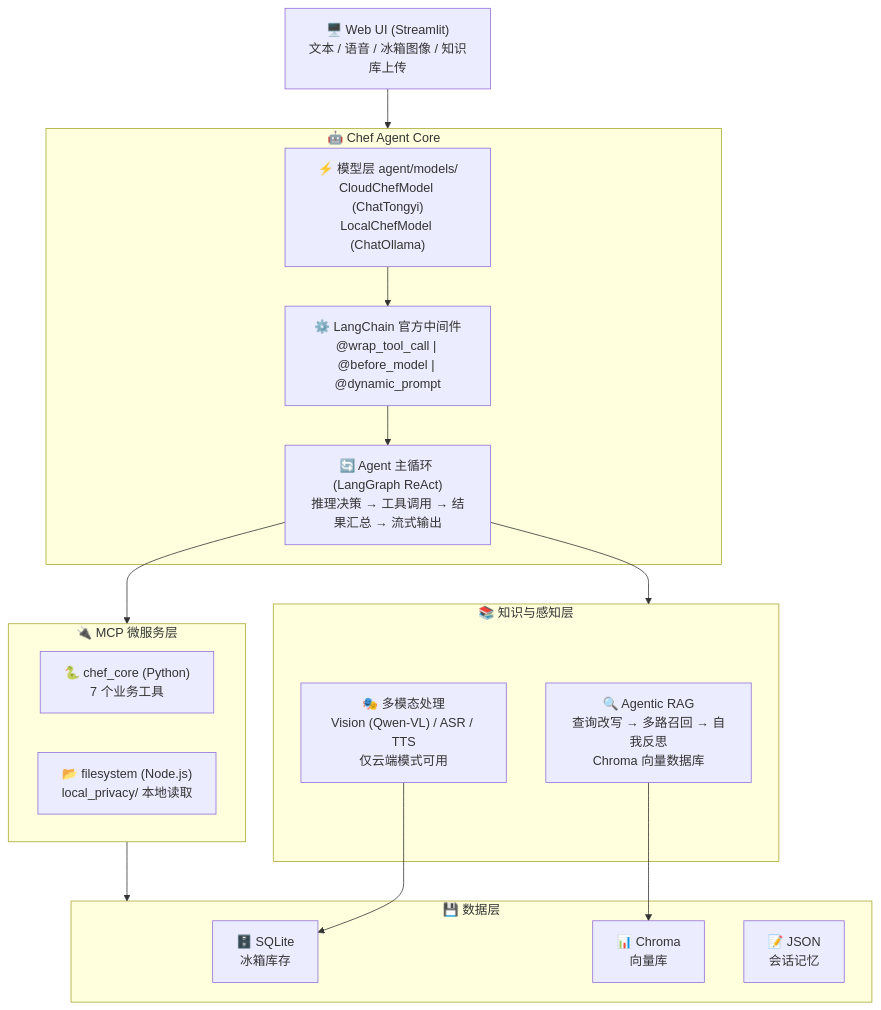
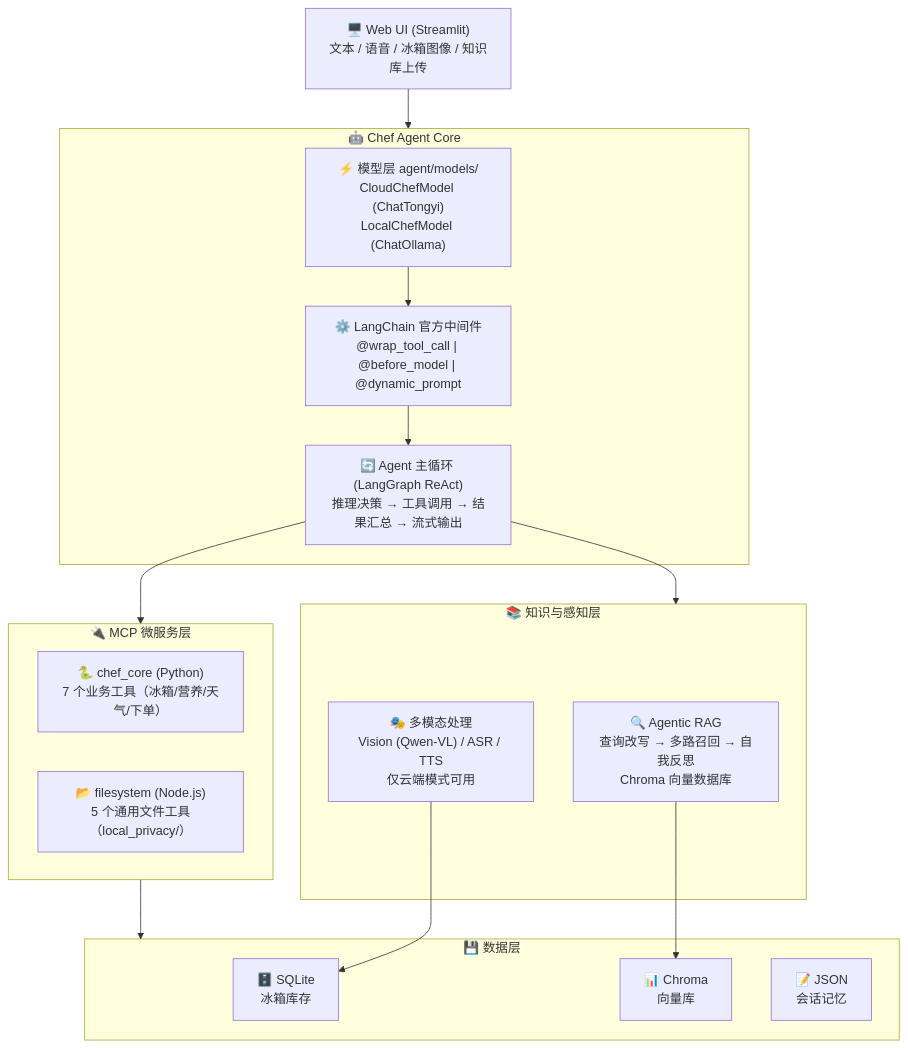
The first of 6 diagrams in README.md (luka07077/ai_chef_agent_x), drawn with Mermaid before and after one commit. The commit also changed other lines of this file, not shown here.

````diff
--- a/README.md
+++ b/README.md
@@ -42,34 +42,34 @@
 ```mermaid
 flowchart TD
     UI["🖥️ Web UI (Streamlit)\n文本 / 语音 / 冰箱图像 / 知识库上传"]
 
     subgraph AGENT["🤖 Chef Agent Core"]
         MODELS["⚡ 模型层 agent/models/\nCloudChefModel (ChatTongyi)\nLocalChefModel (ChatOllama)"]
         MW["⚙️ LangChain 官方中间件\n@wrap_tool_call | @before_model | @dynamic_prompt"]
         LOOP["🔄 Agent 主循环 (LangGraph ReAct)\n推理决策 → 工具调用 → 结果汇总 → 流式输出"]
         MODELS --> MW --> LOOP
     end
 
     subgraph MCP["🔌 MCP 微服务层"]
-        PY["🐍 chef_core (Python)\n7 个业务工具"]
-        JS["📂 filesystem (Node.js)\nlocal_privacy/ 本地读取"]
+        PY["🐍 chef_core (Python)\n7 个业务工具（冰箱/营养/天气/下单）"]
+        JS["📂 filesystem (Node.js)\n5 个通用文件工具（local_privacy/）"]
     end
 
     subgraph KNOWLEDGE["📚 知识与感知层"]
         RAG["🔍 Agentic RAG\n查询改写 → 多路召回 → 自我反思\nChroma 向量数据库"]
         MM["🎭 多模态处理\nVision (Qwen-VL) / ASR / TTS\n仅云端模式可用"]
     end
 
     subgraph DATA["💾 数据层"]
         DB["🗄️ SQLite\n冰箱库存"]
         VDB["📊 Chroma\n向量库"]
         MEM["📝 JSON\n会话记忆"]
     end
 
     UI --> AGENT
     LOOP --> MCP
     LOOP --> KNOWLEDGE
     MCP --> DATA
     RAG --> VDB
     MM --> DB
 ```
````
